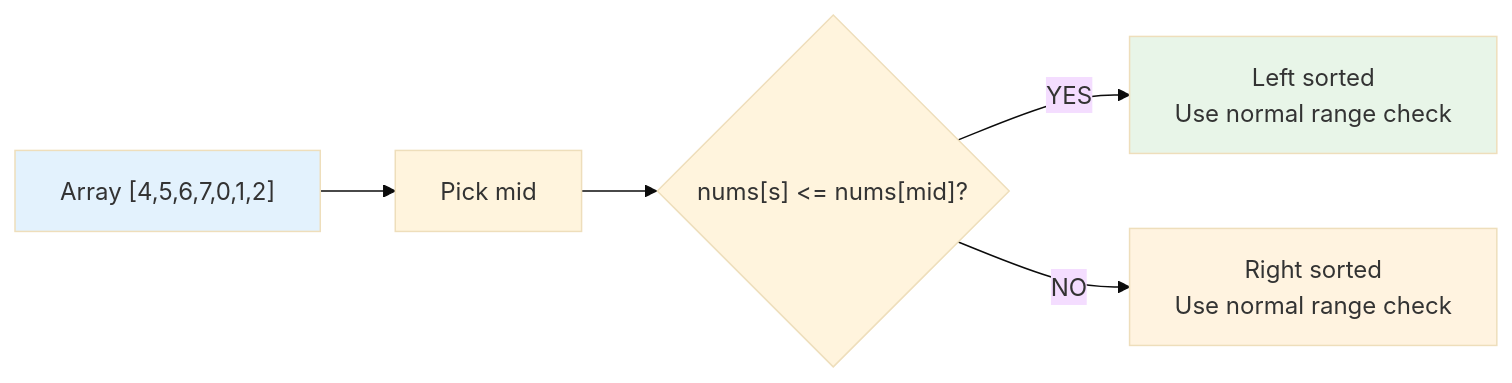
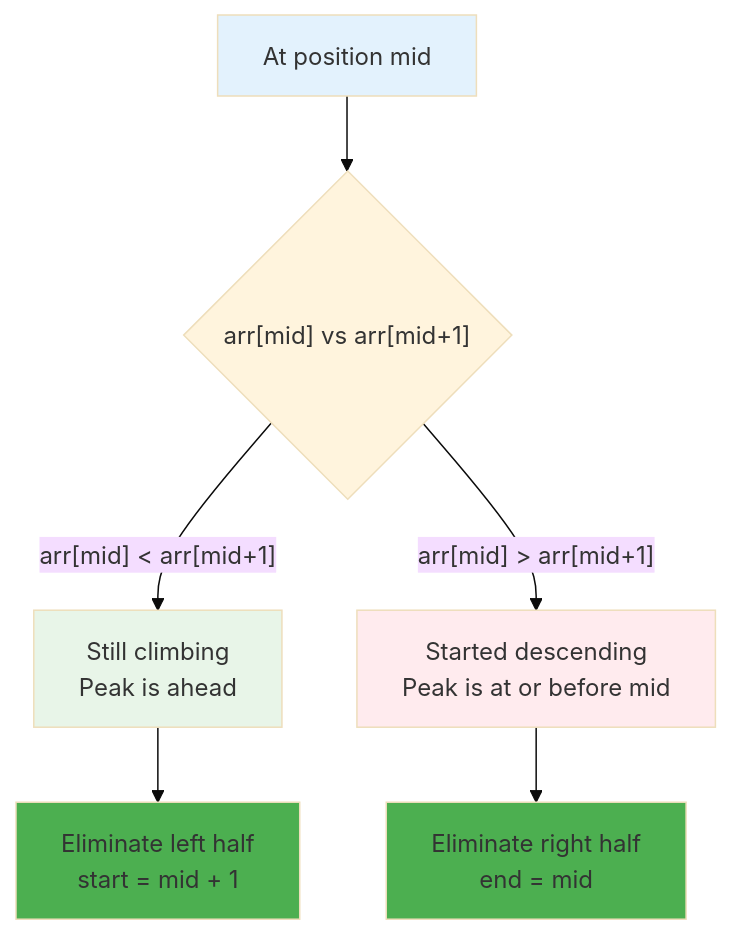
The eighth of 13 diagrams in README.md (LuckyLongre123/README_RUNNER), drawn with Mermaid (base theme) before and after one commit. The commit also changed other lines of this file, not shown here.

````diff
--- a/README.md
+++ b/README.md
@@ -233,11 +242,15 @@
 ```mermaid
-flowchart LR
-    A["Array [4,5,6,7,0,1,2]"] --> B["Pick mid"]
-    B --> C{"nums[s] <= nums[mid]?"}
-    C -->|YES| D["Left sorted<br/>Use normal range check"]
-    C -->|NO| E["Right sorted<br/>Use normal range check"]
+flowchart TD
+    A["At position mid"] --> B{"arr[mid] vs arr[mid+1]"}
+    B -->|"arr[mid] < arr[mid+1]"| C["Still climbing<br/>Peak is ahead"]
+    B -->|"arr[mid] > arr[mid+1]"| D["Started descending<br/>Peak is at or before mid"]
+    
+    C --> E["Eliminate left half<br/>start = mid + 1"]
+    D --> F["Eliminate right half<br/>end = mid"]
     
     style A fill:#e3f2fd
-    style D fill:#e8f5e8
-    style E fill:#fff3e0
+    style C fill:#e8f5e8
+    style D fill:#ffebee
+    style E fill:#4caf50
+    style F fill:#4caf50
 ```
````
